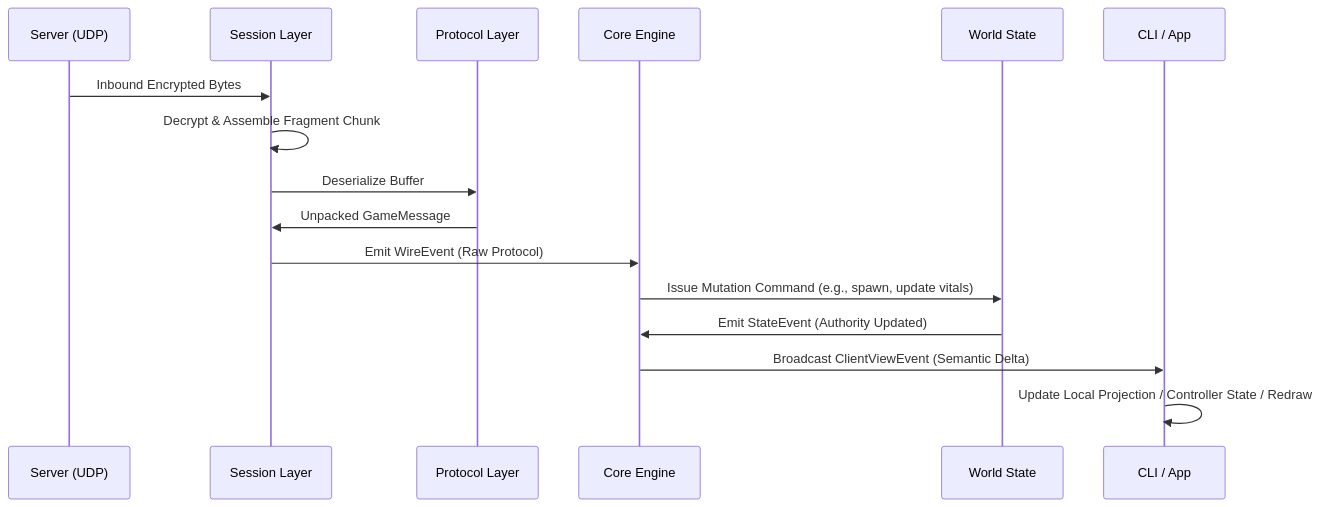
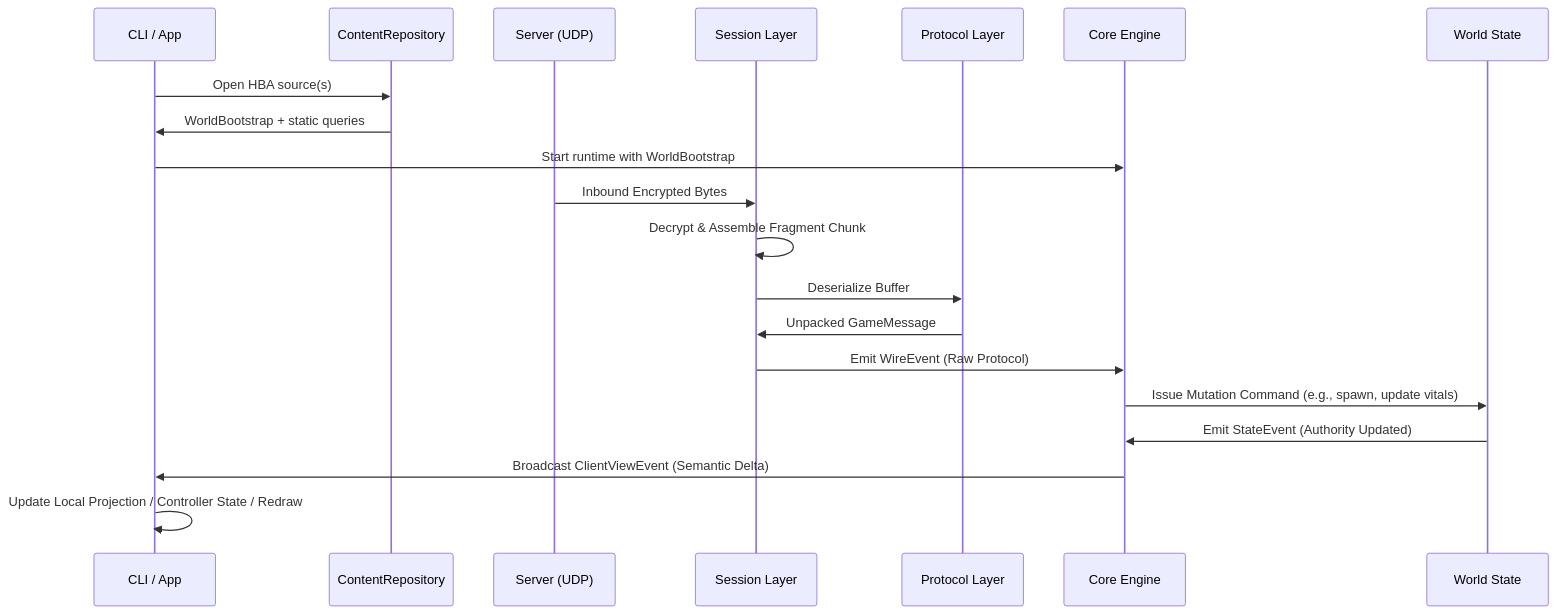
The second of 2 diagrams in ARCHITECTURE.md (merklejerk/holtburger), drawn with Mermaid before and after one commit. The commit also changed other lines of this file and 38 other files, not shown here.

````diff
--- a/ARCHITECTURE.md
+++ b/ARCHITECTURE.md
@@ -88,21 +95,26 @@
 ```mermaid
 sequenceDiagram
+    participant App as CLI / App
+    participant Content as ContentRepository
     participant Srv as Server (UDP)
     participant Sess as Session Layer
     participant Proto as Protocol Layer
     participant Core as Core Engine
     participant World as World State
-    participant UI as CLI / App
+
+    App->>Content: Open HBA source(s)
+    Content->>App: WorldBootstrap + static queries
+    App->>Core: Start runtime with WorldBootstrap
 
     Srv->>Sess: Inbound Encrypted Bytes
     Sess->>Sess: Decrypt & Assemble Fragment Chunk
     Sess->>Proto: Deserialize Buffer
     Proto->>Sess: Unpacked GameMessage
     Sess->>Core: Emit WireEvent (Raw Protocol)
     
     Core->>World: Issue Mutation Command (e.g., spawn, update vitals)
     World->>Core: Emit StateEvent (Authority Updated)
     
-    Core->>UI: Broadcast ClientViewEvent (Semantic Delta)
-    UI->>UI: Update Local Projection / Controller State / Redraw
+    Core->>App: Broadcast ClientViewEvent (Semantic Delta)
+    App->>App: Update Local Projection / Controller State / Redraw
 ```
````
